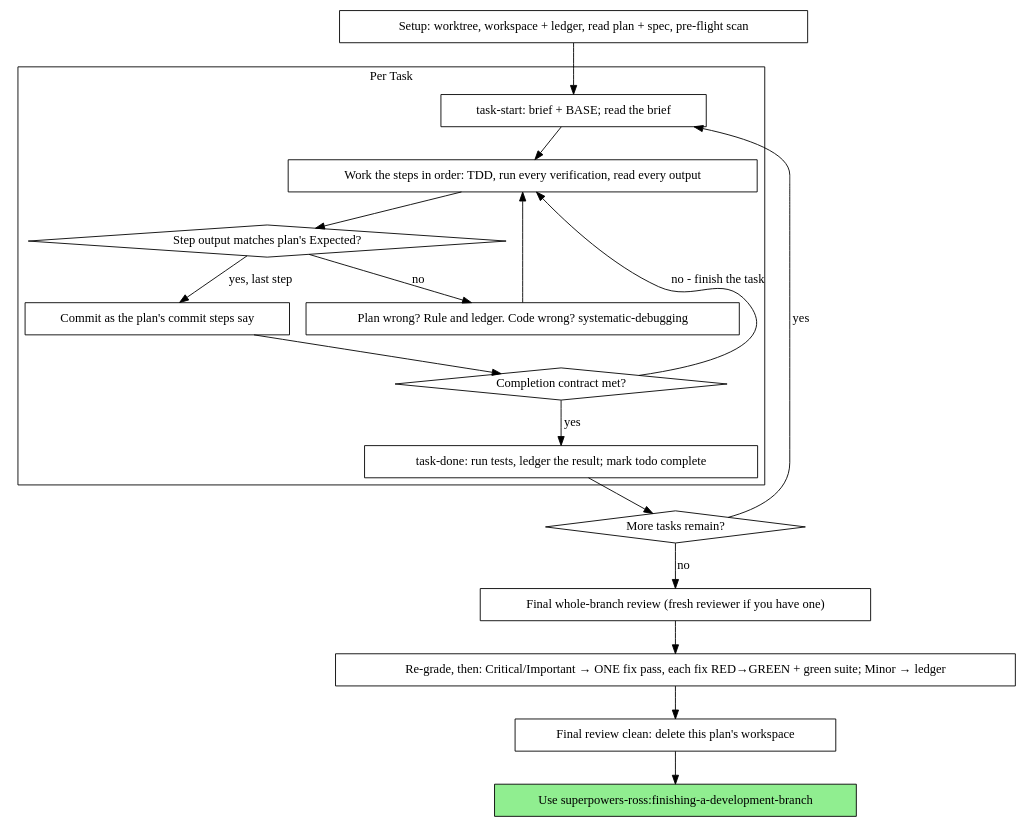
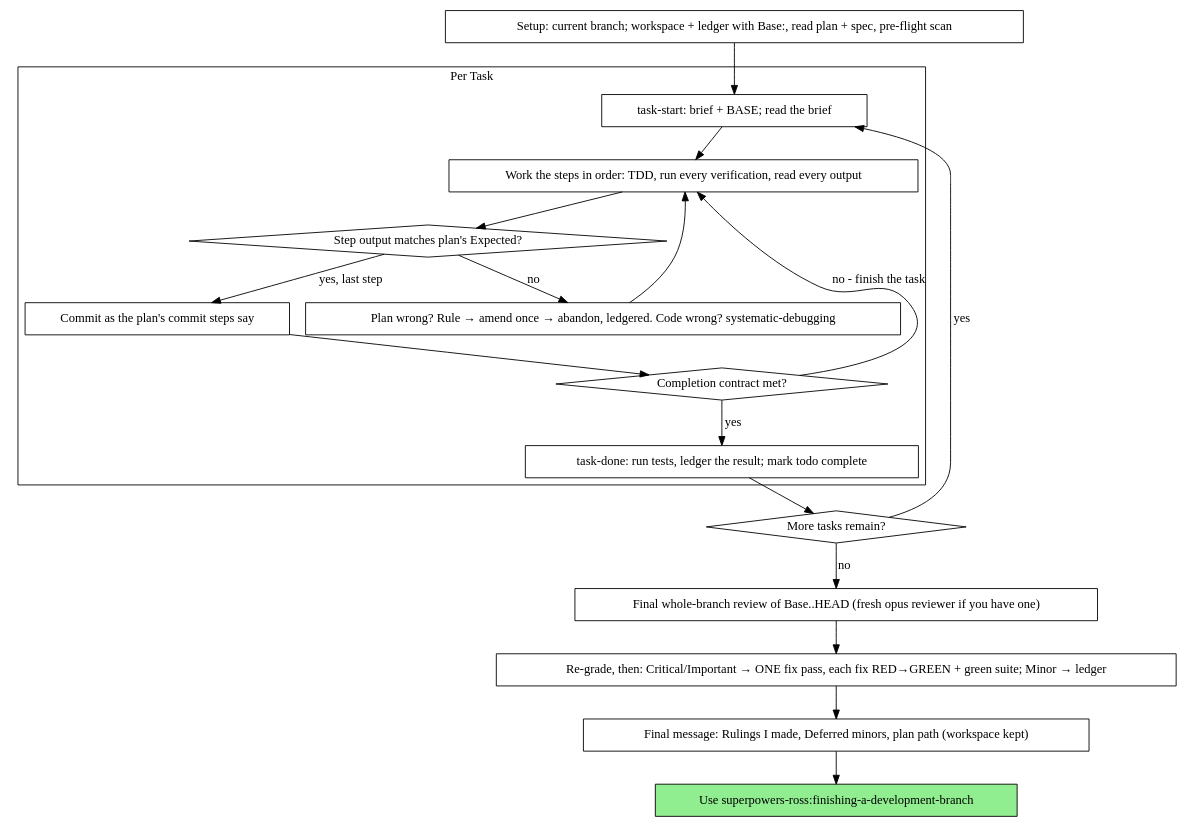
Before and after one commit to rossturner/superpowers: the diagram in skills/executing-plans/SKILL.md, drawn with Graphviz. The commit also changed other lines of this file and 2 other files, not shown here.

First line of the commit message:
feat(executing-plans): current branch, never stops, Base in ledger

````diff
--- a/skills/executing-plans/SKILL.md
+++ b/skills/executing-plans/SKILL.md
@@ -68,39 +86,39 @@
 ```dot
 digraph process {
     rankdir=TB;
 
     subgraph cluster_per_task {
         label="Per Task";
         "task-start: brief + BASE; read the brief" [shape=box];
         "Work the steps in order: TDD, run every verification, read every output" [shape=box];
         "Step output matches plan's Expected?" [shape=diamond];
-        "Plan wrong? Rule and ledger. Code wrong? systematic-debugging" [shape=box];
+        "Plan wrong? Rule → amend once → abandon, ledgered. Code wrong? systematic-debugging" [shape=box];
         "Commit as the plan's commit steps say" [shape=box];
         "Completion contract met?" [shape=diamond];
         "task-done: run tests, ledger the result; mark todo complete" [shape=box];
     }
 
-    "Setup: worktree, workspace + ledger, read plan + spec, pre-flight scan" [shape=box];
+    "Setup: current branch; workspace + ledger with Base:, read plan + spec, pre-flight scan" [shape=box];
     "More tasks remain?" [shape=diamond];
-    "Final whole-branch review (fresh reviewer if you have one)" [shape=box];
+    "Final whole-branch review of Base..HEAD (fresh opus reviewer if you have one)" [shape=box];
     "Re-grade, then: Critical/Important → ONE fix pass, each fix RED→GREEN + green suite; Minor → ledger" [shape=box];
-    "Final review clean: delete this plan's workspace" [shape=box];
+    "Final message: Rulings I made, Deferred minors, plan path (workspace kept)" [shape=box];
     "Use superpowers-ross:finishing-a-development-branch" [shape=box style=filled fillcolor=lightgreen];
 
-    "Setup: worktree, workspace + ledger, read plan + spec, pre-flight scan" -> "task-start: brief + BASE; read the brief";
+    "Setup: current branch; workspace + ledger with Base:, read plan + spec, pre-flight scan" -> "task-start: brief + BASE; read the brief";
     "task-start: brief + BASE; read the brief" -> "Work the steps in order: TDD, run every verification, read every output";
     "Work the steps in order: TDD, run every verification, read every output" -> "Step output matches plan's Expected?";
-    "Step output matches plan's Expected?" -> "Plan wrong? Rule and ledger. Code wrong? systematic-debugging" [label="no"];
-    "Plan wrong? Rule and ledger. Code wrong? systematic-debugging" -> "Work the steps in order: TDD, run every verification, read every output";
+    "Step output matches plan's Expected?" -> "Plan wrong? Rule → amend once → abandon, ledgered. Code wrong? systematic-debugging" [label="no"];
+    "Plan wrong? Rule → amend once → abandon, ledgered. Code wrong? systematic-debugging" -> "Work the steps in order: TDD, run every verification, read every output";
     "Step output matches plan's Expected?" -> "Commit as the plan's commit steps say" [label="yes, last step"];
     "Commit as the plan's commit steps say" -> "Completion contract met?";
     "Completion contract met?" -> "Work the steps in order: TDD, run every verification, read every output" [label="no - finish the task"];
     "Completion contract met?" -> "task-done: run tests, ledger the result; mark todo complete" [label="yes"];
     "task-done: run tests, ledger the result; mark todo complete" -> "More tasks remain?";
     "More tasks remain?" -> "task-start: brief + BASE; read the brief" [label="yes"];
-    "More tasks remain?" -> "Final whole-branch review (fresh reviewer if you have one)" [label="no"];
-    "Final whole-branch review (fresh reviewer if you have one)" -> "Re-grade, then: Critical/Important → ONE fix pass, each fix RED→GREEN + green suite; Minor → ledger";
-    "Re-grade, then: Critical/Important → ONE fix pass, each fix RED→GREEN + green suite; Minor → ledger" -> "Final review clean: delete this plan's workspace";
-    "Final review clean: delete this plan's workspace" -> "Use superpowers-ross:finishing-a-development-branch";
+    "More tasks remain?" -> "Final whole-branch review of Base..HEAD (fresh opus reviewer if you have one)" [label="no"];
+    "Final whole-branch review of Base..HEAD (fresh opus reviewer if you have one)" -> "Re-grade, then: Critical/Important → ONE fix pass, each fix RED→GREEN + green suite; Minor → ledger";
+    "Re-grade, then: Critical/Important → ONE fix pass, each fix RED→GREEN + green suite; Minor → ledger" -> "Final message: Rulings I made, Deferred minors, plan path (workspace kept)";
+    "Final message: Rulings I made, Deferred minors, plan path (workspace kept)" -> "Use superpowers-ross:finishing-a-development-branch";
 }
 ```
````
